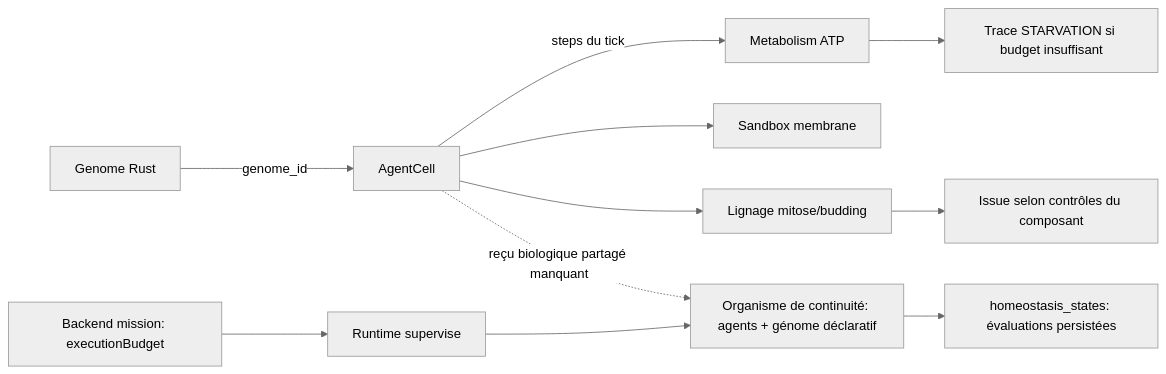
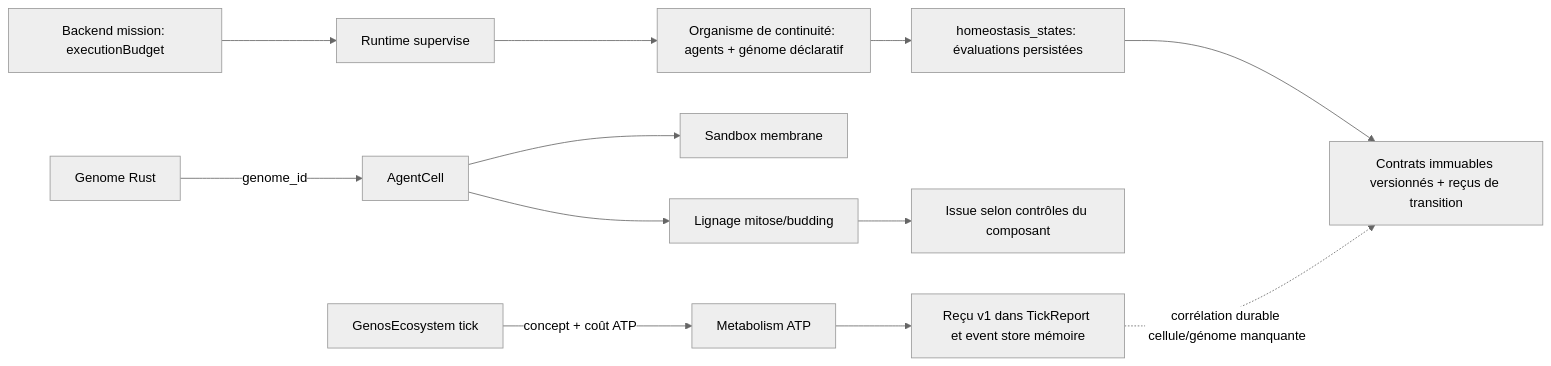
Before and after one commit to PISSARAW/GenOS: the diagram in docs/01-concepts/biologie-computationnelle.md, drawn with Mermaid (neutral theme). The commit also changed other lines of this file and 1 other file, not shown here.

Commit message:
[DOC] Documenter les reçus biologiques et homéostatiques

````diff
--- a/docs/01-concepts/biologie-computationnelle.md
+++ b/docs/01-concepts/biologie-computationnelle.md
@@ -48,13 +48,14 @@
 ```mermaid
 flowchart LR
     G[Genome Rust] -->|genome_id| C[AgentCell]
-    C -->|steps du tick| M[Metabolism ATP]
+    T[GenosEcosystem tick] -->|concept + coût ATP| M[Metabolism ATP]
     C --> S[Sandbox membrane]
     C --> L[Lignage mitose/budding]
-    M --> R[Trace STARVATION si budget insuffisant]
-    L --> A[Issue selon contrôles du composant]
+    M --> R[Reçu v1 dans TickReport et event store mémoire]
+    L --> LT[Issue selon contrôles du composant]
     B[Backend mission: executionBudget] --> X[Runtime supervise]
     X --> O[Organisme de continuité: agents + génome déclaratif]
     O --> H[homeostasis_states: évaluations persistées]
-    C -. reçu biologique partagé manquant .-> O
+    H --> HC[Contrats immuables versionnés + reçus de transition]
+    R -. corrélation durable cellule/génome manquante .-> HC
 ```
````
